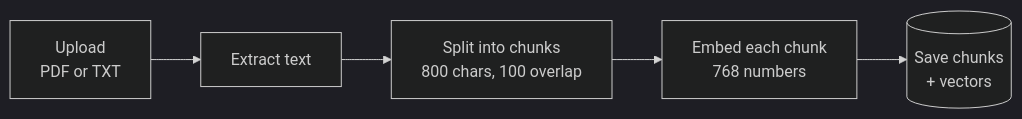
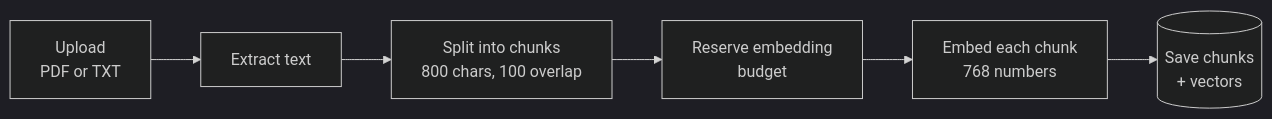
Before and after one commit to Milind300/docuchat: the second of 4 diagrams in README.md, drawn with Mermaid (dark theme). The commit also changed other lines of this file, not shown here.

Commit message:
Update README with security, embedding budget and cited sources

````diff
--- a/README.md
+++ b/README.md
@@ -78,7 +77,8 @@
 ```mermaid
 flowchart LR
   U["Upload<br/>PDF or TXT"] --> X["Extract text"]
   X --> C["Split into chunks<br/>800 chars, 100 overlap"]
-  C --> V["Embed each chunk<br/>768 numbers"]
+  C --> Q["Reserve embedding<br/>budget"]
+  Q --> V["Embed each chunk<br/>768 numbers"]
   V --> S[("Save chunks<br/>+ vectors")]
 ```
````
